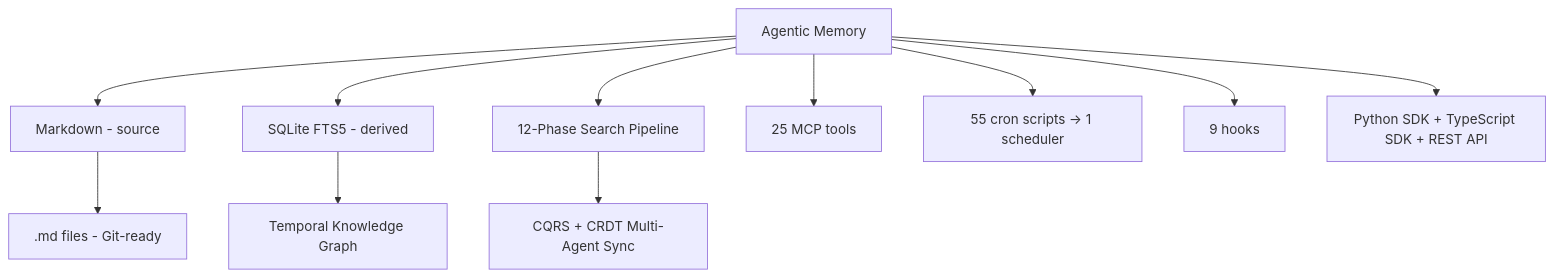
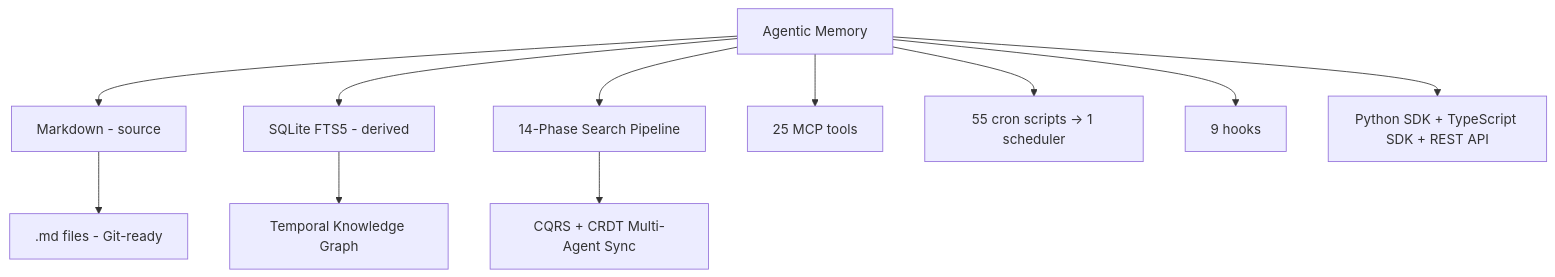
The diagram in README.md (ArkaAiAdmin/Agentic-Memory), drawn with Mermaid before and after one commit. The commit also changed other lines of this file and 4 other files, not shown here.

````diff
--- a/README.md
+++ b/README.md
@@ -24,13 +24,13 @@
 ```mermaid
 graph TD
     A[Agentic Memory] --> B[Markdown - source]
     A --> C[SQLite FTS5 - derived]
-    A --> D[12-Phase Search Pipeline]
+    A --> D[14-Phase Search Pipeline]
     B --> E[.md files - Git-ready]
     C --> F[Temporal Knowledge Graph]
     D --> G[CQRS + CRDT Multi-Agent Sync]
     A --> H[25 MCP tools]
     A --> I[55 cron scripts -> 1 scheduler]
     A --> J[9 hooks]
     A --> K[Python SDK + TypeScript SDK + REST API]
 ```
````
